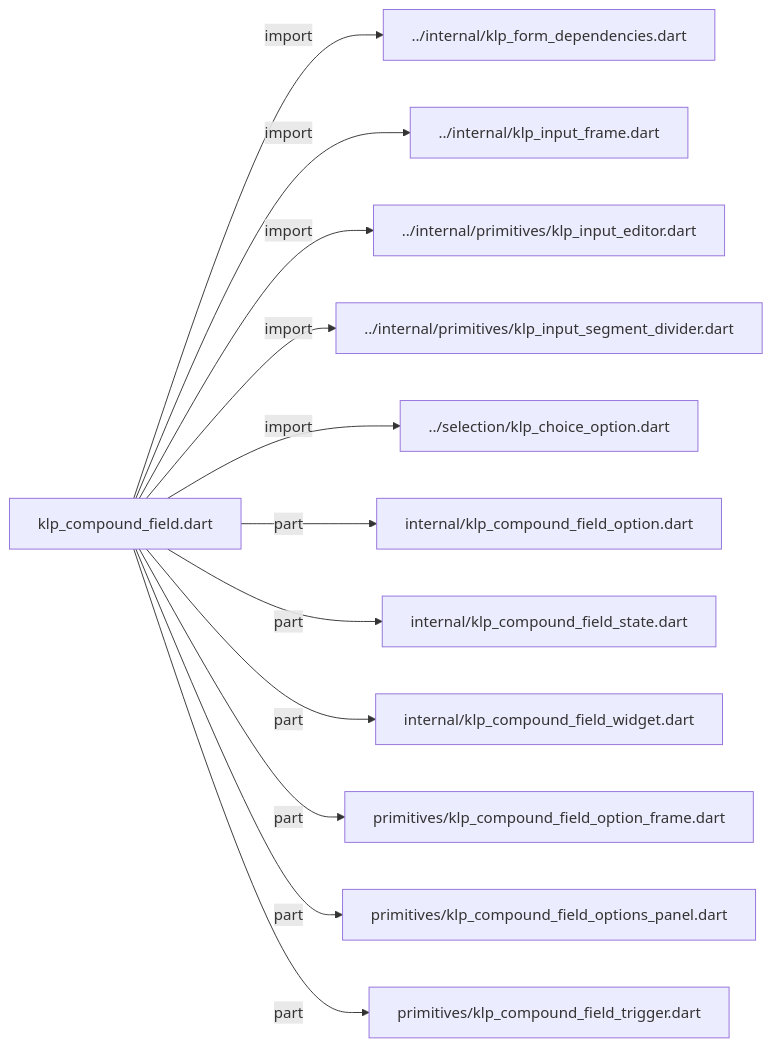
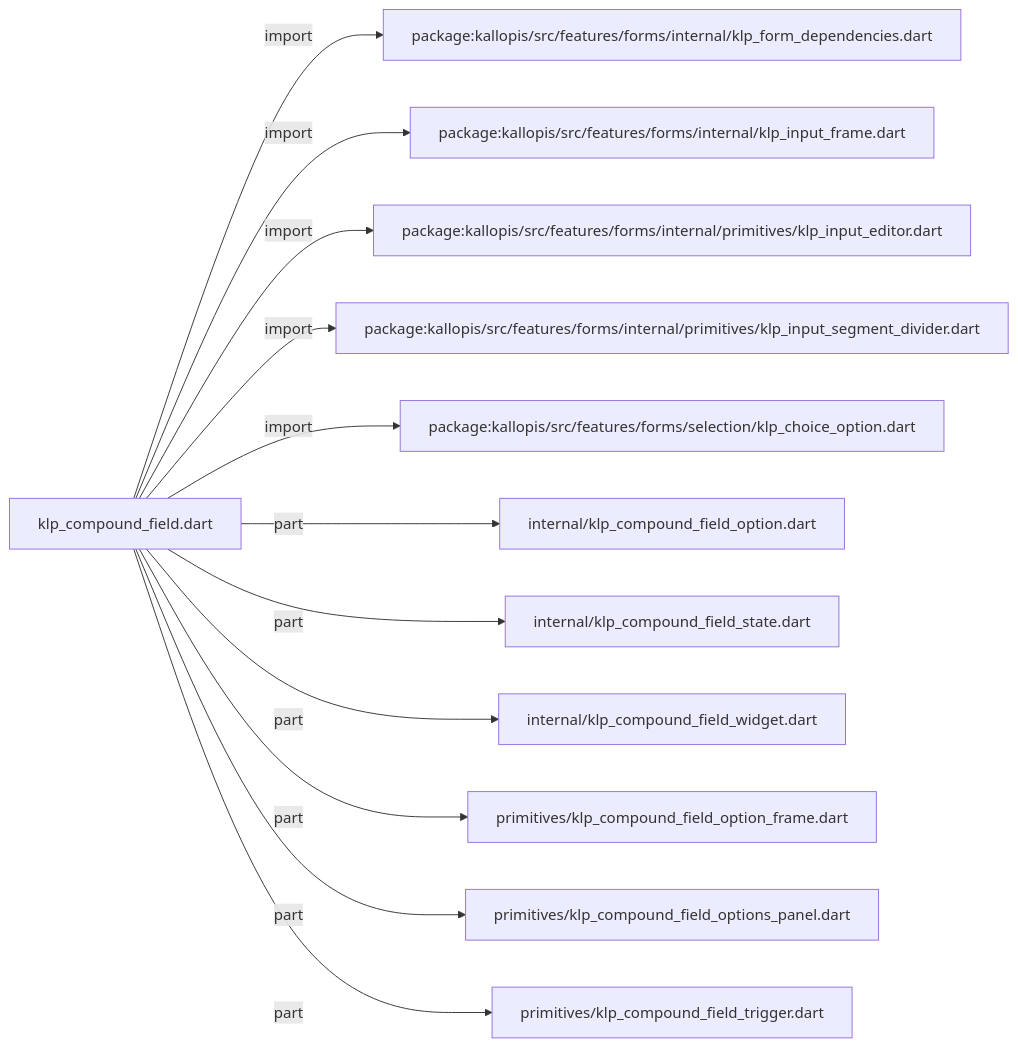
The diagram in docs/architecture/src/features/forms/input/klp_compound_field.md (MiuDog/Kallopis), drawn with Mermaid before and after one commit. The commit also changed other lines of this file and 9688 other files, not shown here.

Commit message:
Prepare isolated Flow F2 peer baseline

````diff
--- a/docs/architecture/src/features/forms/input/klp_compound_field.md
+++ b/docs/architecture/src/features/forms/input/klp_compound_field.md
@@ -11,26 +11,26 @@
 ```mermaid
 flowchart LR
 	n0["klp_compound_field.dart"]
-	n1["../internal/klp_form_dependencies.dart"]
-	n2["../internal/klp_input_frame.dart"]
-	n3["../internal/primitives/klp_input_editor.dart"]
-	n4["../internal/primitives/klp_input_segment_divider.dart"]
-	n5["../selection/klp_choice_option.dart"]
+	n1["package:kallopis/src/features/forms/internal/klp_form_dependencies.dart"]
+	n2["package:kallopis/src/features/forms/internal/klp_input_frame.dart"]
+	n3["package:kallopis/src/features/forms/internal/primitives/klp_input_editor.dart"]
+	n4["package:kallopis/src/features/forms/internal/primitives/klp_input_segment_divider.dart"]
+	n5["package:kallopis/src/features/forms/selection/klp_choice_option.dart"]
 	n6["internal/klp_compound_field_option.dart"]
 	n7["internal/klp_compound_field_state.dart"]
 	n8["internal/klp_compound_field_widget.dart"]
 	n9["primitives/klp_compound_field_option_frame.dart"]
 	n10["primitives/klp_compound_field_options_panel.dart"]
 	n11["primitives/klp_compound_field_trigger.dart"]
 	n0 -->|"import"| n1
 	n0 -->|"import"| n2
 	n0 -->|"import"| n3
 	n0 -->|"import"| n4
 	n0 -->|"import"| n5
 	n0 -->|"part"| n6
 	n0 -->|"part"| n7
 	n0 -->|"part"| n8
 	n0 -->|"part"| n9
 	n0 -->|"part"| n10
 	n0 -->|"part"| n11
 ```
````
